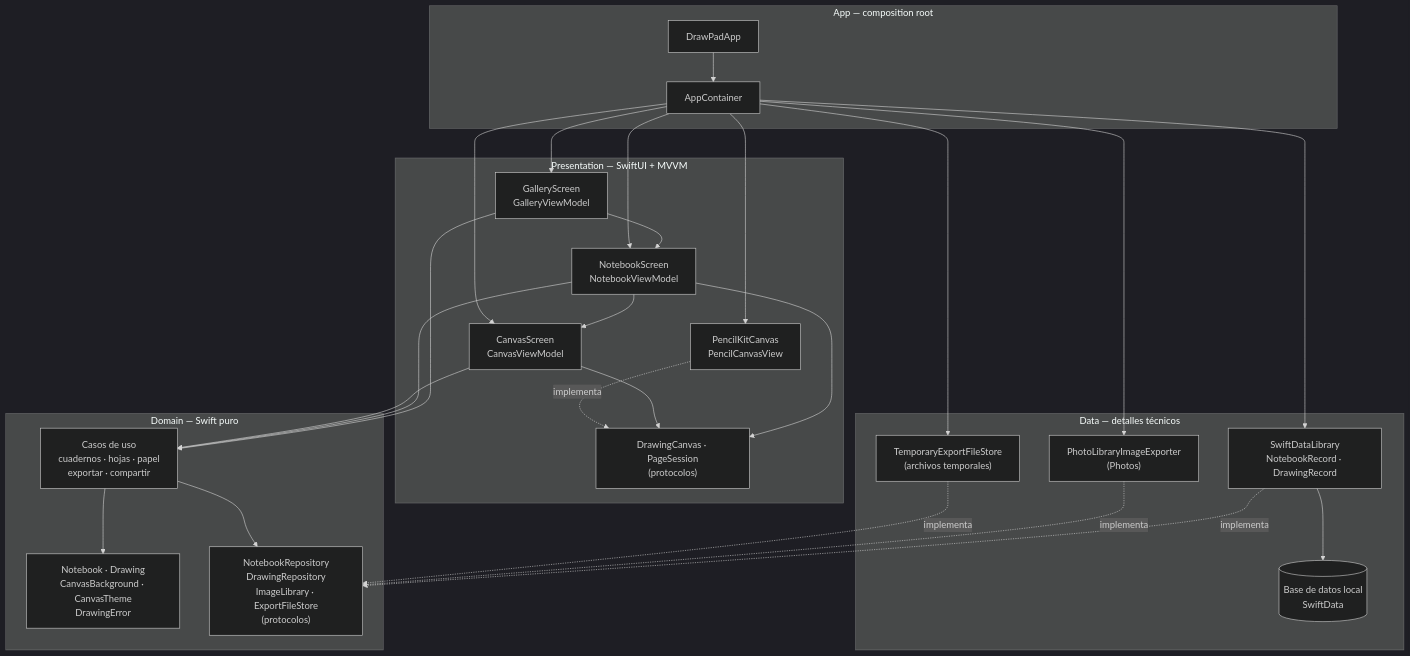
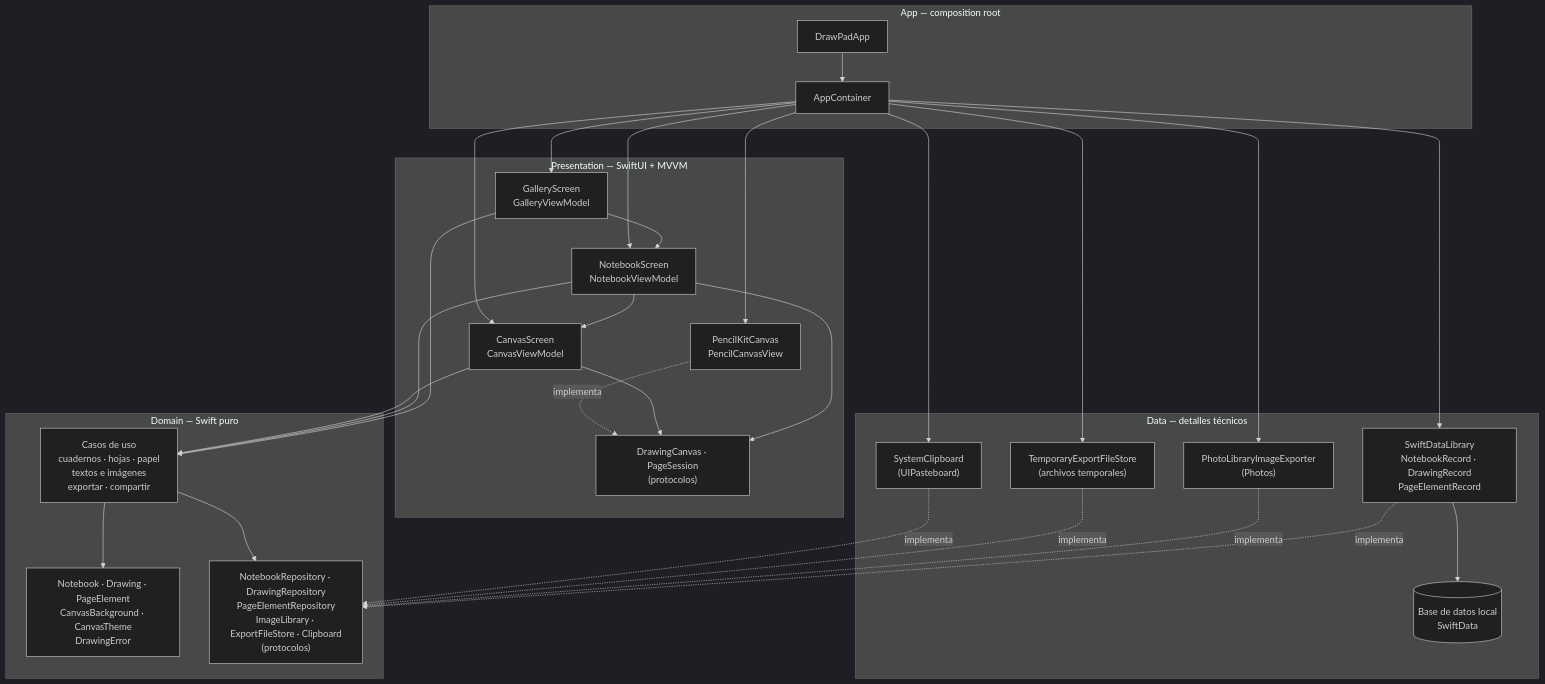
One commit to jhonjairo6230/DrawPad changed the first of 12 diagrams in docs/arquitectura.md. Above: the diagram before and after it, drawn with Mermaid (dark theme). The commit also changed other lines of this file and 40 other files, not shown here.

First line of the commit message:
Añadir texto e imágenes a las hojas

````diff
--- a/docs/arquitectura.md
+++ b/docs/arquitectura.md
@@ -13,48 +13,51 @@
 ```mermaid
 flowchart TB
     subgraph APP["App — composition root"]
         A1["DrawPadApp"]
         A2["AppContainer"]
     end
     subgraph PRES["Presentation — SwiftUI + MVVM"]
         G1["GalleryScreen<br/>GalleryViewModel"]
         N1["NotebookScreen<br/>NotebookViewModel"]
         P1["CanvasScreen<br/>CanvasViewModel"]
         P3["DrawingCanvas · PageSession<br/>(protocolos)"]
         P4["PencilKitCanvas<br/>PencilCanvasView"]
     end
     subgraph DOM["Domain — Swift puro"]
-        D1["Casos de uso<br/>cuadernos · hojas · papel<br/>exportar · compartir"]
-        D2["Notebook · Drawing<br/>CanvasBackground · CanvasTheme<br/>DrawingError"]
-        D3["NotebookRepository<br/>DrawingRepository<br/>ImageLibrary · ExportFileStore<br/>(protocolos)"]
+        D1["Casos de uso<br/>cuadernos · hojas · papel<br/>textos e imágenes<br/>exportar · compartir"]
+        D2["Notebook · Drawing · PageElement<br/>CanvasBackground · CanvasTheme<br/>DrawingError"]
+        D3["NotebookRepository · DrawingRepository<br/>PageElementRepository<br/>ImageLibrary · ExportFileStore · Clipboard<br/>(protocolos)"]
     end
     subgraph DATA["Data — detalles técnicos"]
-        T1["SwiftDataLibrary<br/>NotebookRecord · DrawingRecord"]
+        T1["SwiftDataLibrary<br/>NotebookRecord · DrawingRecord<br/>PageElementRecord"]
         T2["PhotoLibraryImageExporter<br/>(Photos)"]
         T4["TemporaryExportFileStore<br/>(archivos temporales)"]
+        T5["SystemClipboard<br/>(UIPasteboard)"]
         T3[("Base de datos local<br/>SwiftData")]
     end
 
     G1 --> N1
     N1 --> P1
     G1 --> D1
     N1 --> D1
     N1 --> P3
     P1 --> P3
     P1 --> D1
     P4 -. implementa .-> P3
     D1 --> D2
     D1 --> D3
     T1 -. implementa .-> D3
     T2 -. implementa .-> D3
     T4 -. implementa .-> D3
+    T5 -. implementa .-> D3
     T1 --> T3
     A1 --> A2
     A2 --> G1
     A2 --> N1
     A2 --> P1
     A2 --> P4
     A2 --> T1
     A2 --> T2
     A2 --> T4
+    A2 --> T5
 ```
````
